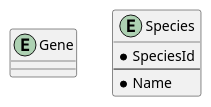
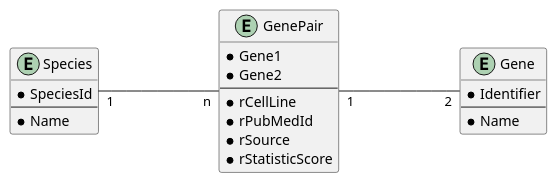
One commit to Linus-69420/MALOL-Cancer changed the diagram in plantuml/erd.puml. Above: the diagram before and after it, drawn with PlantUML. The commit also changed 2 other files, not shown here.

Commit message:
docs: updatet gene mapping files and changed erd

```diff
--- a/plantuml/erd.puml
+++ b/plantuml/erd.puml
@@ -1,13 +1,29 @@
 @startuml
+left to right direction
+
+entity GenePair {
+    * Gene1
+    * Gene2
+    --
+    * rCellLine
+    * rPubMedId
+    * rSource
+    * rStatisticScore
+}
 
 entity Gene {
-
+    * Identifier
+    --
+    * Name
 }
 
 entity Species {
     * SpeciesId
     --
     * Name
 }
 
+Species "1"---"n" GenePair
+GenePair "1"---"2" Gene
+
 @enduml
```
